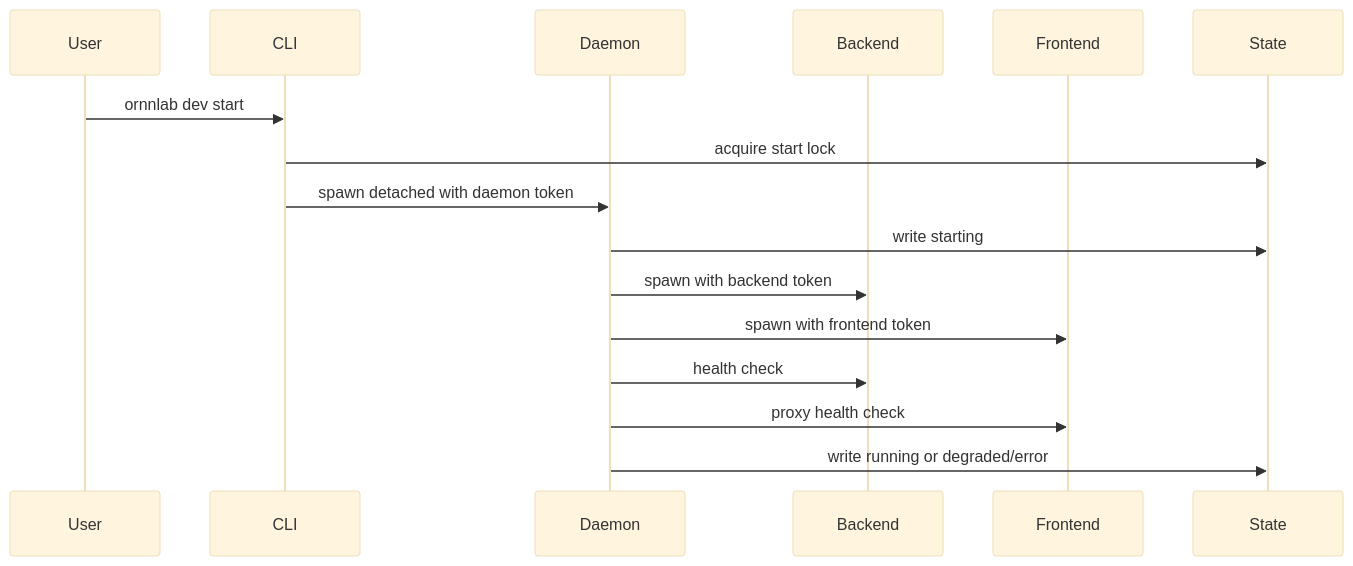
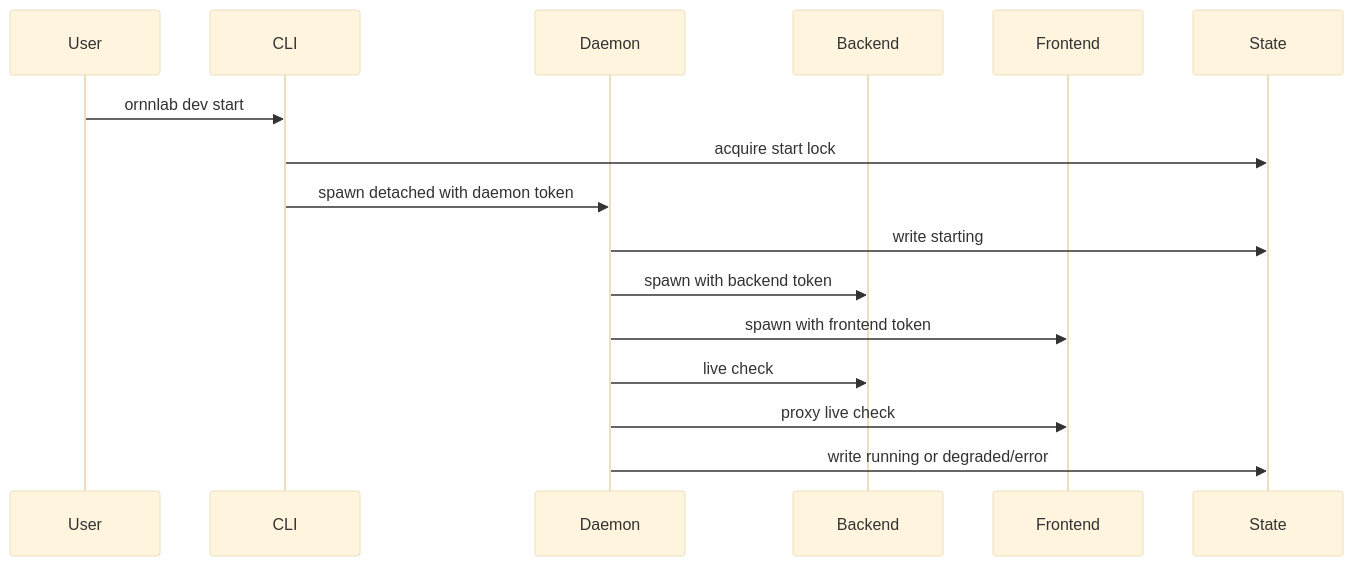
The second of 2 diagrams in docs/releases/v1.0.5/dev-daemon/implementation-design.md (ceasarXuu/HarnessLab), drawn with Mermaid (base theme) before and after one commit. The commit also changed other lines of this file and 20 other files, not shown here.

Commit message:
fix dev daemon startup health handling

````diff
--- a/docs/releases/v1.0.5/dev-daemon/implementation-design.md
+++ b/docs/releases/v1.0.5/dev-daemon/implementation-design.md
@@ -171,19 +171,19 @@
 ```mermaid
 sequenceDiagram
   participant User
   participant CLI
   participant Daemon
   participant Backend
   participant Frontend
   participant State
 
   User->>CLI: ornnlab dev start
   CLI->>State: acquire start lock
   CLI->>Daemon: spawn detached with daemon token
   Daemon->>State: write starting
   Daemon->>Backend: spawn with backend token
   Daemon->>Frontend: spawn with frontend token
-  Daemon->>Backend: health check
-  Daemon->>Frontend: proxy health check
+  Daemon->>Backend: live check
+  Daemon->>Frontend: proxy live check
   Daemon->>State: write running or degraded/error
 ```
````
